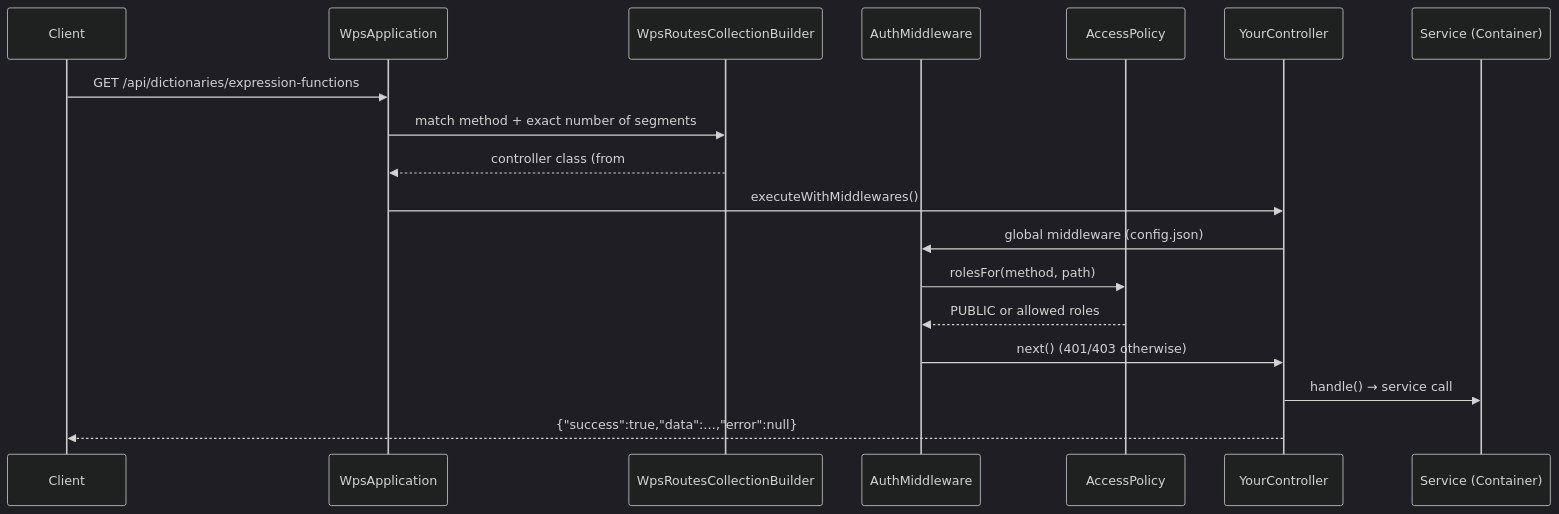
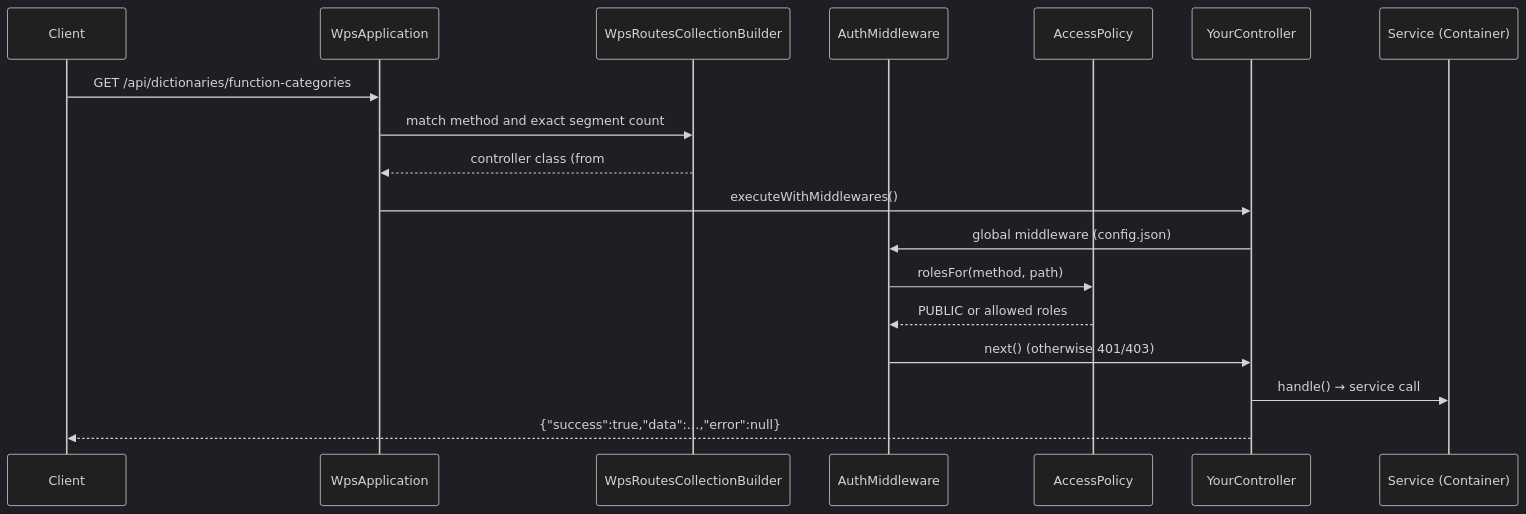
Before and after one commit to madarch-labs/Workflow-Processing-Service: the diagram in doc/en/07-developer-guide/extending/new-api-endpoint.md, drawn with Mermaid (dark theme). The commit also changed other lines of this file and 470 other files, not shown here.

````diff
--- a/doc/en/07-developer-guide/extending/new-api-endpoint.md
+++ b/doc/en/07-developer-guide/extending/new-api-endpoint.md
@@ -16,20 +33,20 @@
 ```mermaid
 sequenceDiagram
     participant C as Client
     participant A as WpsApplication
     participant R as WpsRoutesCollectionBuilder
     participant M as AuthMiddleware
     participant P as AccessPolicy
     participant Ctl as YourController
     participant S as Service (Container)
-    C->>A: GET /api/dictionaries/expression-functions
-    A->>R: match method + exact number of segments
+    C->>A: GET /api/dictionaries/function-categories
+    A->>R: match method and exact segment count
     R-->>A: controller class (from #[Route])
     A->>Ctl: executeWithMiddlewares()
     Ctl->>M: global middleware (config.json)
     M->>P: rolesFor(method, path)
     P-->>M: PUBLIC or allowed roles
-    M->>Ctl: next() (401/403 otherwise)
+    M->>Ctl: next() (otherwise 401/403)
     Ctl->>S: handle() → service call
     Ctl-->>C: {"success":true,"data":…,"error":null}
 ```
````
